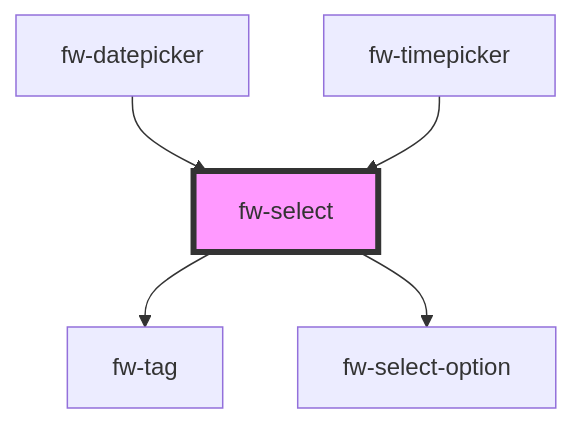
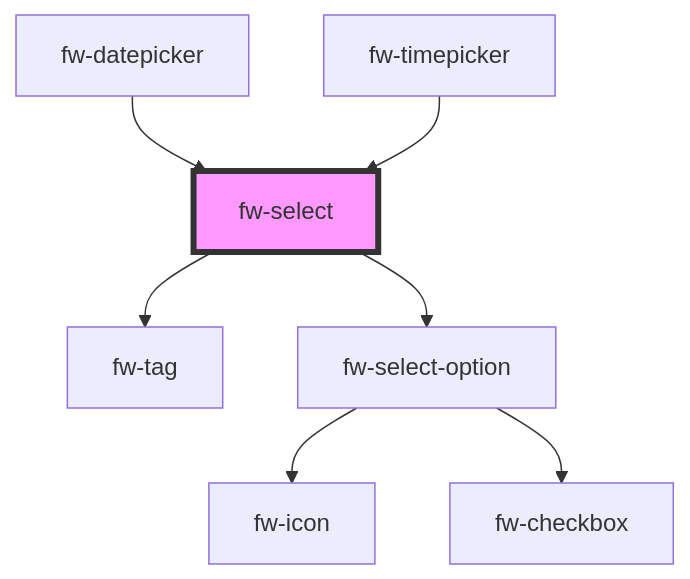
The diagram in packages/crayons-core/src/components/select/readme.md (freshworks/crayons), drawn with Mermaid before and after one commit. The commit also changed 9 other files, not shown here.

Commit message:
feat(fw-select-option): added variant

````diff
--- a/packages/crayons-core/src/components/select/readme.md
+++ b/packages/crayons-core/src/components/select/readme.md
@@ -96,8 +96,10 @@
 ```mermaid
 graph TD;
   fw-select --> fw-tag
   fw-select --> fw-select-option
+  fw-select-option --> fw-icon
+  fw-select-option --> fw-checkbox
   fw-datepicker --> fw-select
   fw-timepicker --> fw-select
   style fw-select fill:#f9f,stroke:#333,stroke-width:4px
 ```
````
